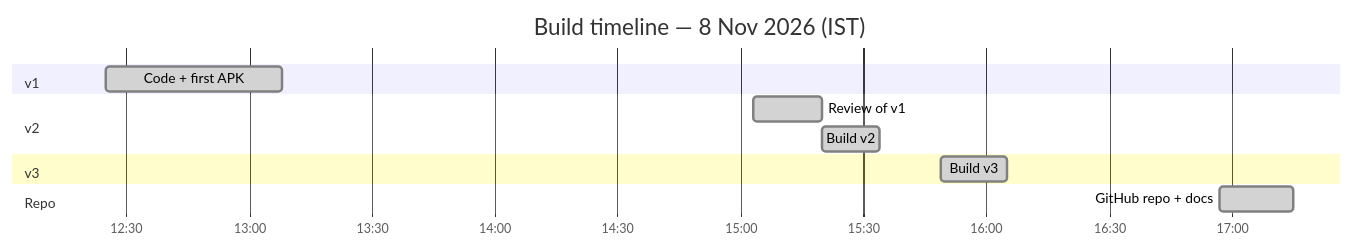
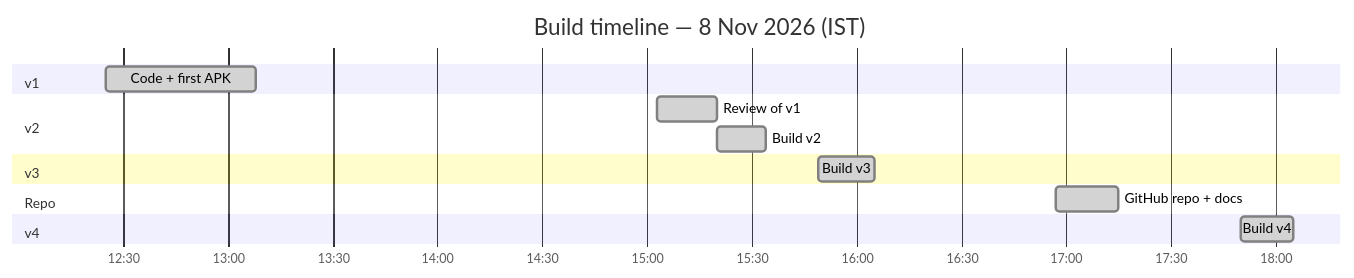
One commit to mrajkishor/Android-Phone-Clone changed the fifth of 6 diagrams in README.md. Above: the diagram before and after it, drawn with Mermaid. The commit also changed other lines of this file and 15 other files, not shown here.

````diff
--- a/README.md
+++ b/README.md
@@ -520,15 +620,17 @@
 ```mermaid
 gantt
     title Build timeline — 8 Nov 2026 (IST)
     dateFormat HH:mm
     axisFormat %H:%M
     section v1
     Code + first APK          :done, v1, 12:25, 43m
     section v2
     Review of v1              :done, r1, 15:03, 17m
     Build v2                  :done, v2, 15:20, 14m
     section v3
     Build v3                  :done, v3, 15:49, 16m
     section Repo
     GitHub repo + docs        :done, gh, 16:57, 18m
+    section v4
+    Build v4                  :done, v4, 17:50, 15m
 ```
````
